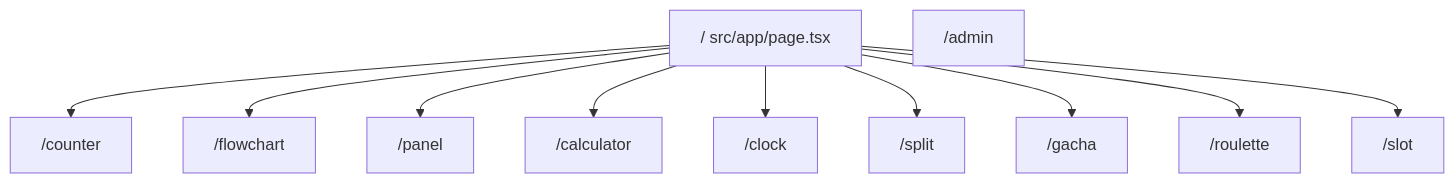
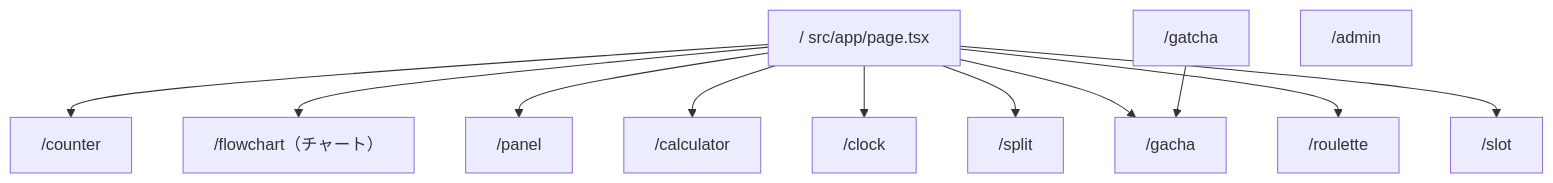
The second of 4 diagrams in docs/concept-and-architecture.md (DukeGomadango/app-live-counter-suite), drawn with Mermaid before and after one commit. The commit also changed other lines of this file and 8 other files, not shown here.

````diff
--- a/docs/concept-and-architecture.md
+++ b/docs/concept-and-architecture.md
@@ -55,23 +57,25 @@
 ```mermaid
 flowchart TB
   root["/ src/app/page.tsx"]
   counter["/counter"]
-  flowchart_route["/flowchart"]
+  flowchart_route["/flowchart（チャート）"]
   panel["/panel"]
   calculator["/calculator"]
   clock["/clock"]
   split["/split"]
   gacha["/gacha"]
+  gatcha["/gatcha"]
   roulette["/roulette"]
   slot["/slot"]
   admin["/admin"]
   root --> counter
   root --> flowchart_route
   root --> panel
   root --> calculator
   root --> clock
   root --> split
   root --> gacha
   root --> roulette
   root --> slot
+  gatcha --> gacha
 ```
````
